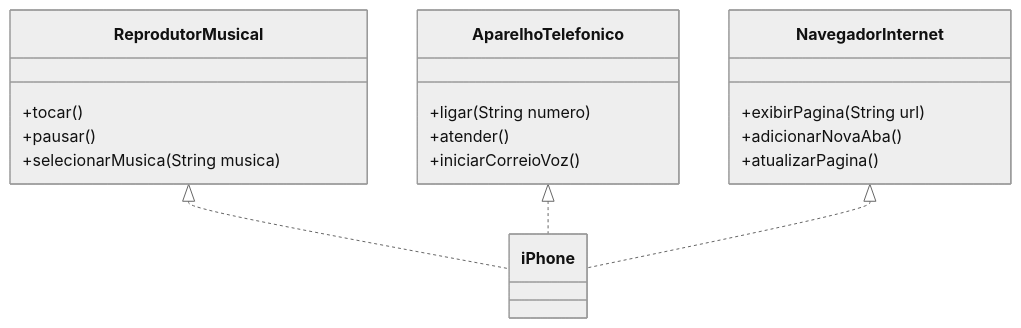
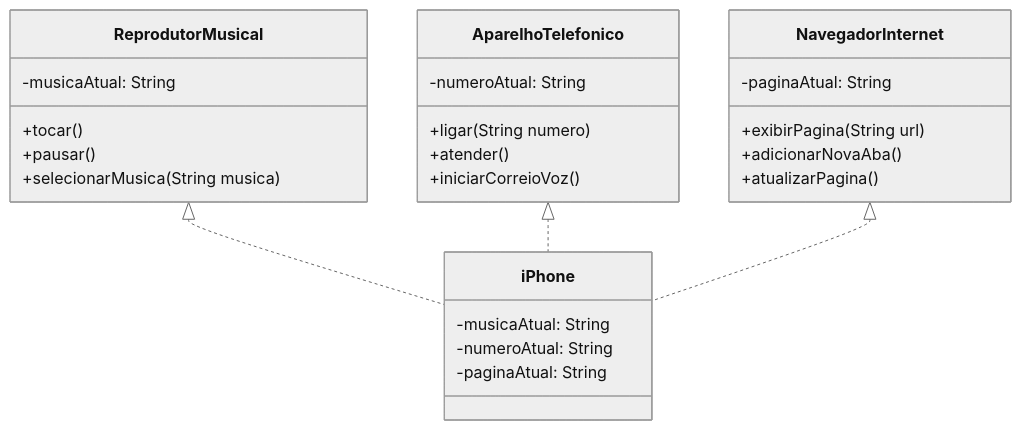
One commit to Pierre-Mendes/Desafio-Bootcamp-DIO-Iphone changed the diagram in DiagramaIphone_MermaidText.mmd. Above: the diagram before and after it, drawn with Mermaid (neutral theme). The commit also changed 6 other files, not shown here.

```diff
--- a/DiagramaIphone_MermaidText.mmd
+++ b/DiagramaIphone_MermaidText.mmd
@@ -1,25 +1,31 @@
 classDiagram
     ReprodutorMusical <|.. iPhone
     AparelhoTelefonico <|.. iPhone
     NavegadorInternet <|.. iPhone
 
     class ReprodutorMusical {
         +tocar()
         +pausar()
         +selecionarMusica(String musica)
+        -musicaAtual: String
     }
 
     class AparelhoTelefonico {
         +ligar(String numero)
         +atender()
         +iniciarCorreioVoz()
+        -numeroAtual: String
     }
 
     class NavegadorInternet {
         +exibirPagina(String url)
         +adicionarNovaAba()
         +atualizarPagina()
+        -paginaAtual: String
     }
 
     class iPhone {
+        -musicaAtual: String
+        -numeroAtual: String
+        -paginaAtual: String
     }
```
